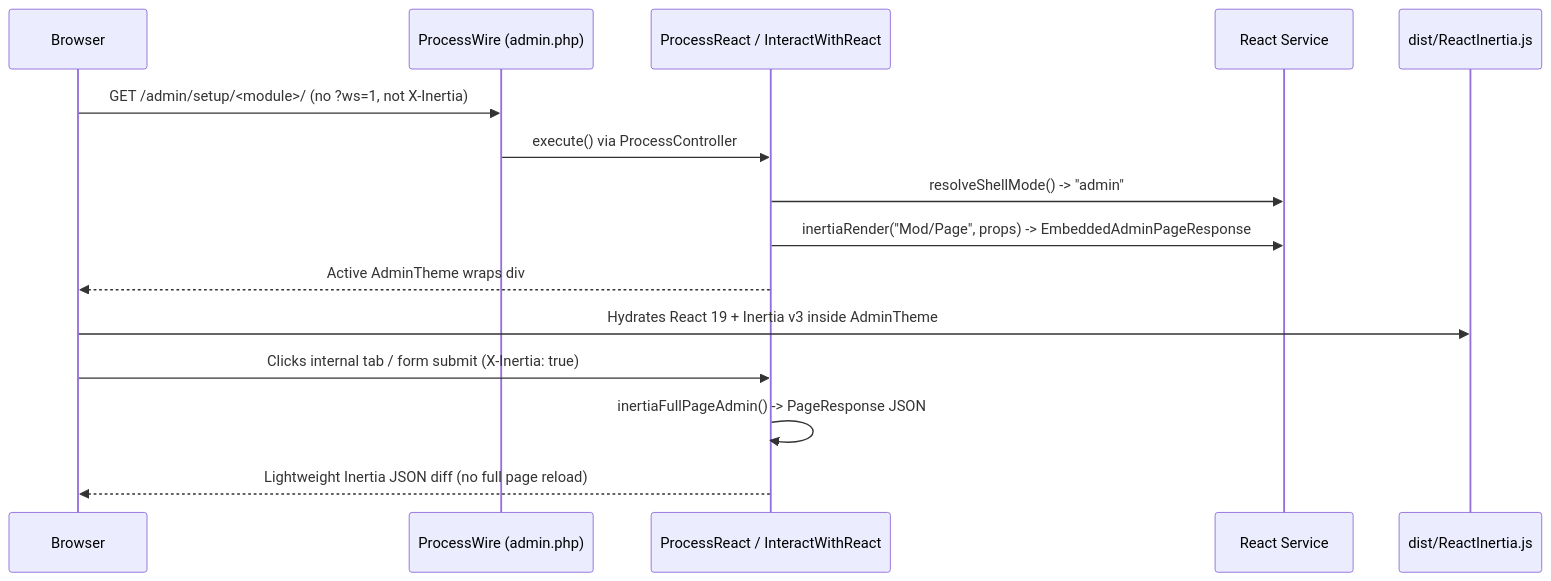
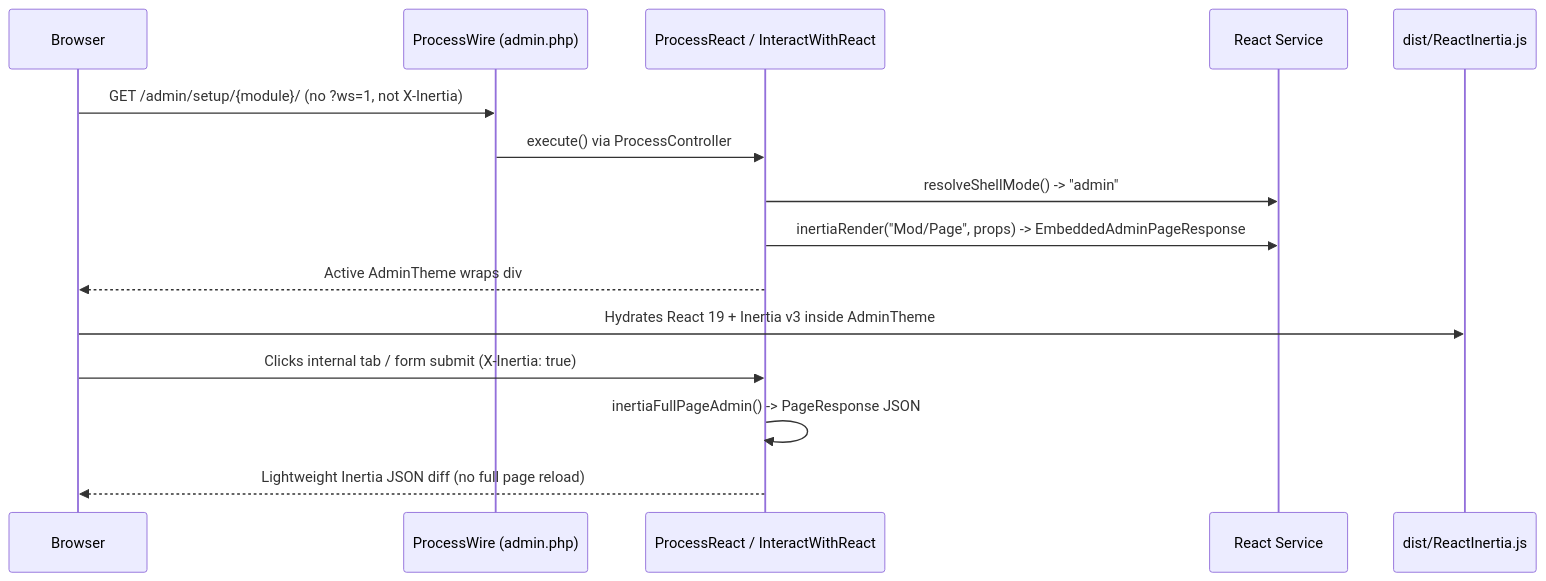
The third of 3 diagrams in docs/01-architecture.md (trk/React), drawn with Mermaid before and after one commit. The commit also changed other lines of this file and 10 other files, not shown here.

Commit message:
docs: add architecture overview and update guides, README, API, AGENTS, and pw-react skill

````diff
--- a/docs/01-architecture.md
+++ b/docs/01-architecture.md
@@ -190,18 +190,18 @@
 ```mermaid
 sequenceDiagram
     participant B as Browser
     participant PW as ProcessWire (admin.php)
     participant PR as ProcessReact / InteractWithReact
     participant RM as React Service
     participant RT as dist/ReactInertia.js
 
-    B->>PW: GET /admin/setup/<module>/ (no ?ws=1, not X-Inertia)
+    B->>PW: GET /admin/setup/{module}/ (no ?ws=1, not X-Inertia)
     PW->>PR: execute() via ProcessController
     PR->>RM: resolveShellMode() -> "admin"
     PR->>RM: inertiaRender("Mod/Page", props) -> EmbeddedAdminPageResponse
     PR-->>B: Active AdminTheme wraps div#app + ordered CSS/JS + theme tokens
     B->>RT: Hydrates React 19 + Inertia v3 inside AdminTheme
     B->>PR: Clicks internal tab / form submit (X-Inertia: true)
     PR->>PR: inertiaFullPageAdmin() -> PageResponse JSON
     PR-->>B: Lightweight Inertia JSON diff (no full page reload)
 ```
````
